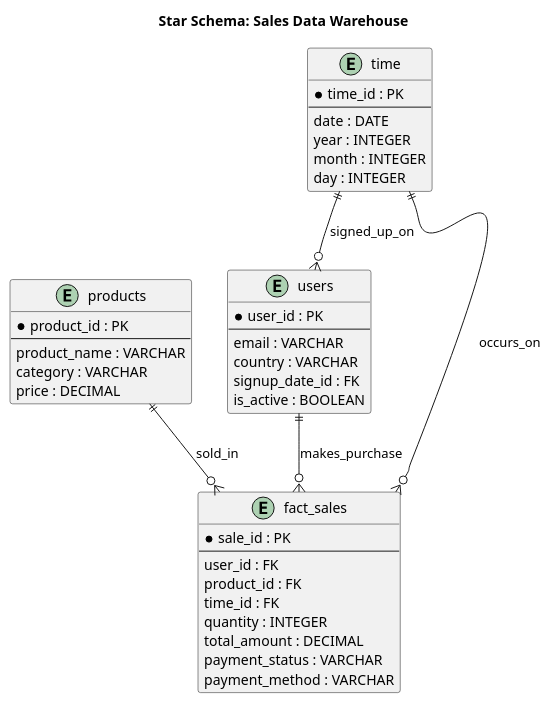
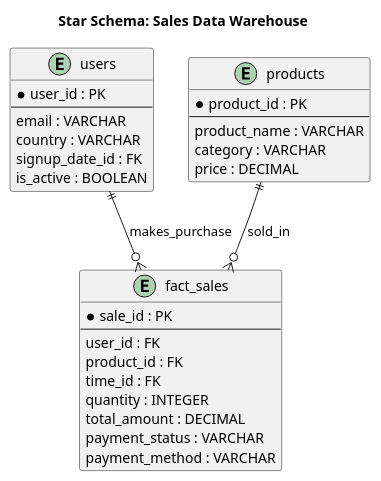
One commit to anadruetta29/data-engineering changed the diagram in sql-data-warehouse/documentation/der.puml. Above: the diagram before and after it, drawn with PlantUML. The commit also changed 1 other file, not shown here.

```diff
--- a/sql-data-warehouse/documentation/der.puml
+++ b/sql-data-warehouse/documentation/der.puml
@@ -1,47 +1,36 @@
 @startuml
 title Star Schema: Sales Data Warehouse
 
 entity "users" {
     * user_id : PK
     --
     email : VARCHAR
     country : VARCHAR
     signup_date_id : FK
     is_active : BOOLEAN
 }
 
 entity "products" {
   * product_id : PK
   --
   product_name : VARCHAR
   category : VARCHAR
   price : DECIMAL
 }
 
-entity "time" {
-  * time_id : PK
-  --
-  date : DATE
-  year : INTEGER
-  month : INTEGER
-  day : INTEGER
-}
-
 entity "fact_sales" {
   * sale_id : PK
   --
   user_id : FK
   product_id : FK
   time_id : FK
   quantity : INTEGER
   total_amount : DECIMAL
   payment_status : VARCHAR
   payment_method : VARCHAR
 }
 
 users    ||--o{ fact_sales : makes_purchase
 products ||--o{ fact_sales : sold_in
-time     ||--o{ fact_sales : occurs_on
-time     ||--o{ users      : signed_up_on
 
 @enduml
```
